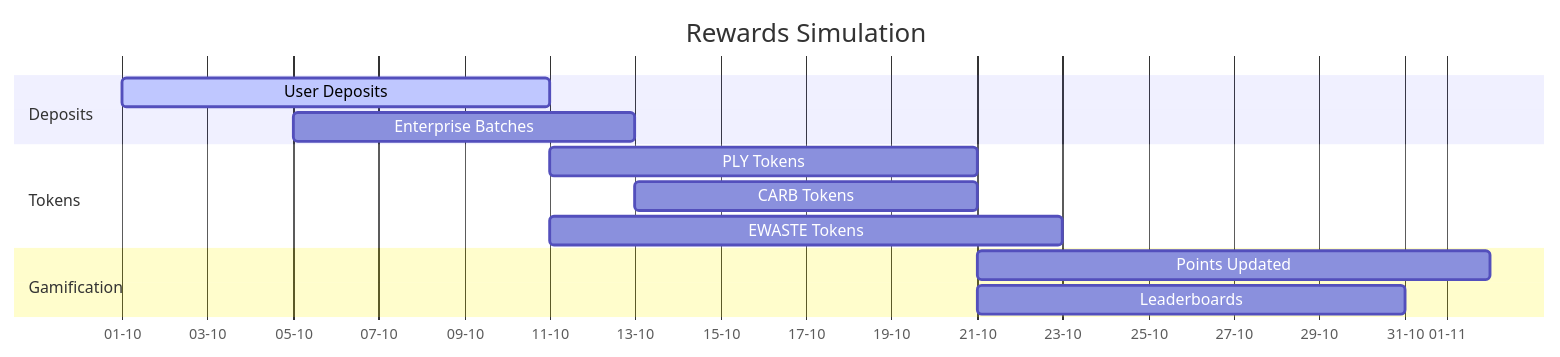
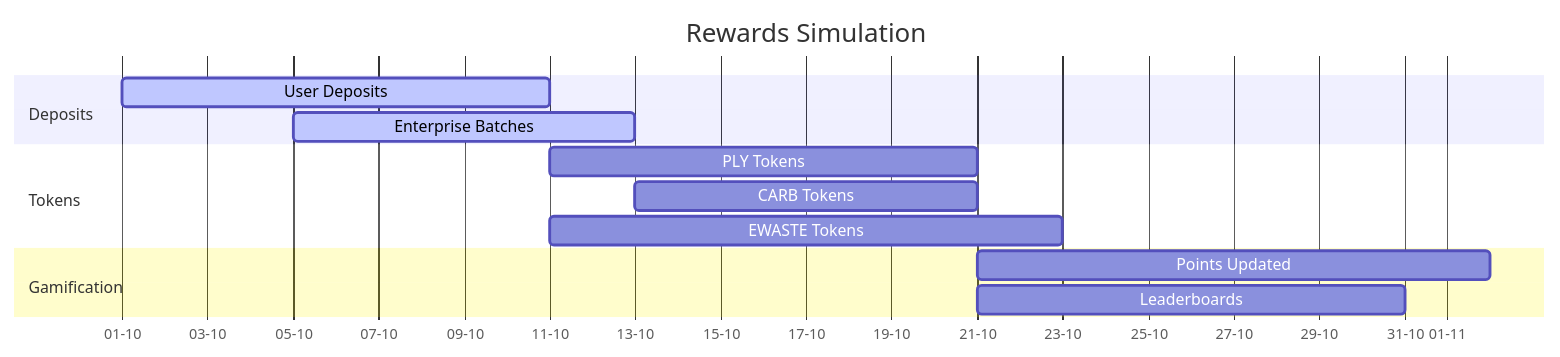
Before and after one commit to PolymersNetwork/polymers-protocol: the fourth of 4 diagrams in apps/README.md, drawn with Mermaid. The commit also changed other lines of this file, not shown here.

````diff
--- a/apps/README.md
+++ b/apps/README.md
@@ -206,16 +226,20 @@
 ```mermaid
 gantt
-    title Rewards Simulation
-    dateFormat  YYYY-MM-DD
-    axisFormat  %d-%m
-    section Deposits
-    User Deposits      :active, des1, 2025-10-01, 10d
-    Enterprise Batches :des2, 2025-10-05, 8d
-    section Tokens
-    PLY Tokens         :dist1, after des1, 10d
-    CARB Tokens        :dist2, after des2, 8d
-    EWASTE Tokens      :dist3, after des1, 12d
-    section Gamification
-    Points Updated     :points1, after dist1, 12d
-    Leaderboards       :points2, after dist2, 10d
+  title Rewards Simulation
+  dateFormat  YYYY-MM-DD
+  axisFormat  %d-%m
+  section Deposits
+  User Deposits      :active, des1, 2025-10-01, 10d
+  Enterprise Batches :active, des2, 2025-10-05, 8d
+  section Tokens
+  PLY Tokens         :dist1, after des1, 10d
+  CARB Tokens        :dist2, after des2, 8d
+  EWASTE Tokens      :dist3, after des1, 12d
+  section Gamification
+  Points Updated     :points1, after dist1, 12d
+  Leaderboards       :points2, after dist2, 10d
+
+  %% Styling (limited by Mermaid Gantt)
+  %% Using active class for visual emphasis
+  %% Custom colors not supported; consider image-based chart for advanced styling
 ```
````
